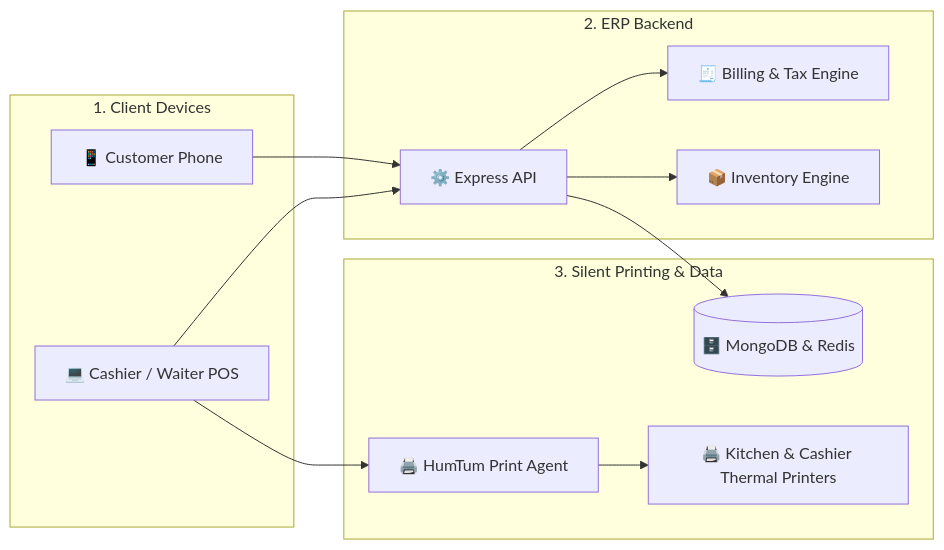
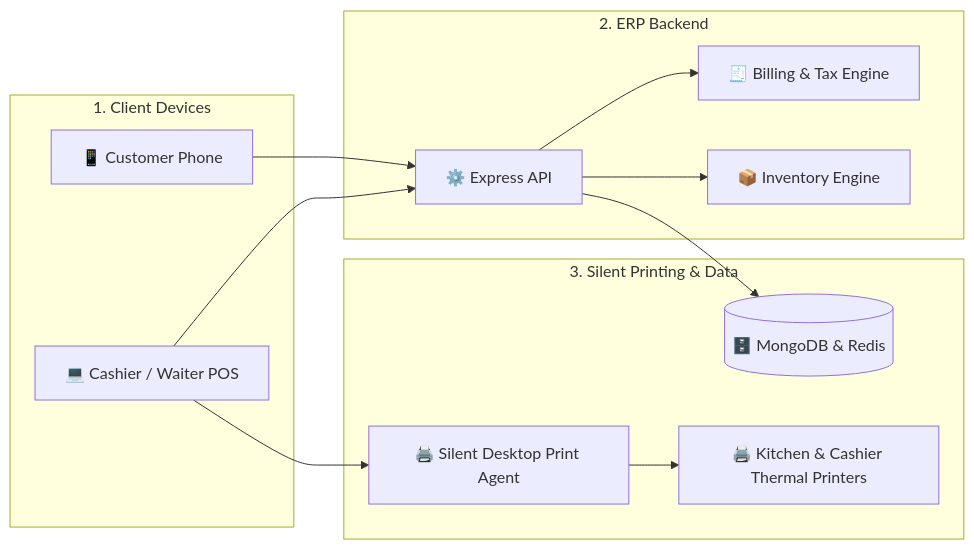
The first of 4 diagrams in README.md (trooooperr/HumTum-POS), drawn with Mermaid before and after one commit. The commit also changed other lines of this file, not shown here.

````diff
--- a/README.md
+++ b/README.md
@@ -42,26 +42,26 @@
 ```mermaid
 graph LR
     subgraph Devices [1. Client Devices]
         PHONE["📱 Customer Phone"]
         POS["💻 Cashier / Waiter POS"]
     end
 
     subgraph Server [2. ERP Backend]
         API["⚙️ Express API"]
         BILL["🧾 Billing & Tax Engine"]
         STOCK["📦 Inventory Engine"]
     end
 
     subgraph Hardware [3. Silent Printing & Data]
-        PRINT["🖨️ HumTum Print Agent"]
+        PRINT["🖨️ Silent Desktop Print Agent"]
         PRINTERS["🖨️ Kitchen & Cashier Thermal Printers"]
         DB[("🗄️ MongoDB & Redis")]
     end
 
     PHONE --> API
     POS --> API
     API --> BILL & STOCK
     POS --> PRINT
     PRINT --> PRINTERS
     API --> DB
 ```
````
